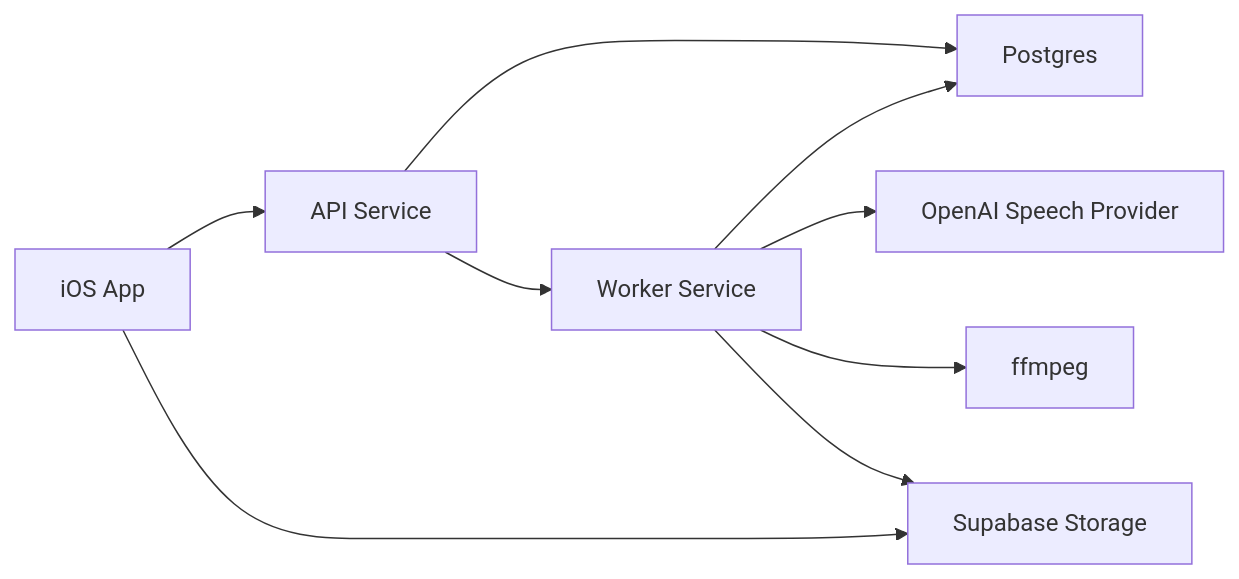
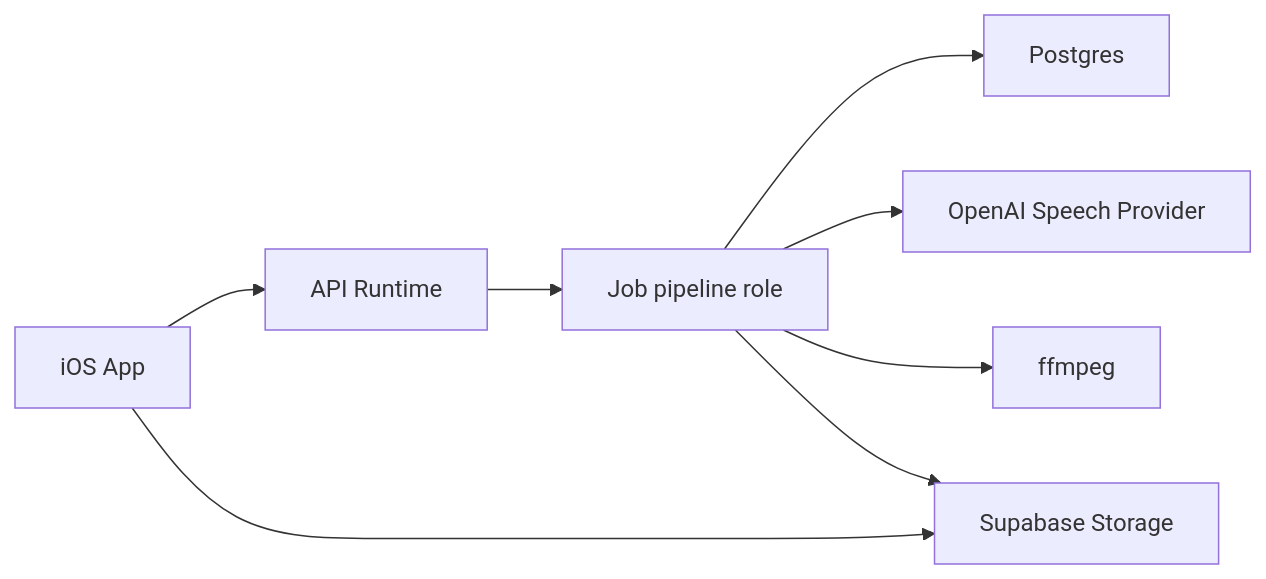
One commit to tomenden/hear-it changed the first of 4 diagrams in docs/audio-pipeline-architecture.md. Above: the diagram before and after it, drawn with Mermaid. The commit also changed other lines of this file and 9 other files, not shown here.

Commit message:
docs: align local-dev tooling and architecture docs

````diff
--- a/docs/audio-pipeline-architecture.md
+++ b/docs/audio-pipeline-architecture.md
@@ -32,11 +32,10 @@
 ```mermaid
 flowchart LR
-    A["iOS App"] --> B["API Service"]
-    B --> C["Postgres"]
-    B --> D["Worker Service"]
-    D --> C
-    D --> E["OpenAI Speech Provider"]
-    D --> F["ffmpeg"]
-    D --> G["Supabase Storage"]
+    A["iOS App"] --> B["API Runtime"]
+    B --> C["Job pipeline role"]
+    C --> D["Postgres"]
+    C --> E["OpenAI Speech Provider"]
+    C --> F["ffmpeg"]
+    C --> G["Supabase Storage"]
     A --> G
 ```
````
